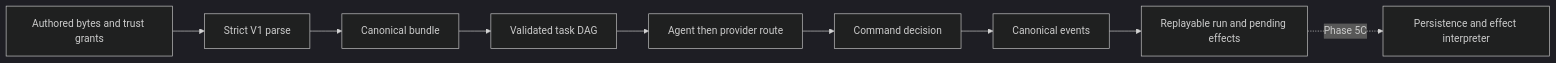
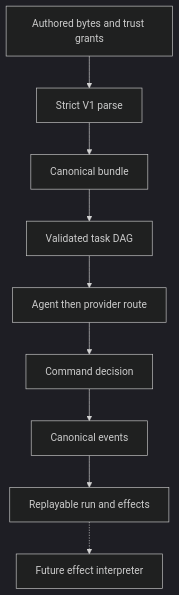
Before and after one commit to BoardPandas/Pandamux: the first of 3 diagrams in docs/features/AGENT_ORCHESTRATION.md, drawn with Mermaid (dark theme). The commit also changed 11 other files, not shown here.

````diff
--- a/docs/features/AGENT_ORCHESTRATION.md
+++ b/docs/features/AGENT_ORCHESTRATION.md
@@ -43,11 +43,11 @@
 ```mermaid
-flowchart LR
-    A[Authored bytes and trust grants] --> S[Strict V1 parse]
-    S --> B[Canonical bundle]
-    B --> D[Validated task DAG]
-    D --> R[Agent then provider route]
-    R --> C[Command decision]
-    C --> E[Canonical events]
-    E --> P[Replayable run and pending effects]
-    P -. Phase 5C .-> X[Persistence and effect interpreter]
+graph TD
+    A["Authored bytes and trust grants"] --> S["Strict V1 parse"]
+    S --> B["Canonical bundle"]
+    B --> D["Validated task DAG"]
+    D --> R["Agent then provider route"]
+    R --> C["Command decision"]
+    C --> E["Canonical events"]
+    E --> P["Replayable run and effects"]
+    P -.-> X["Future effect interpreter"]
 ```
````
